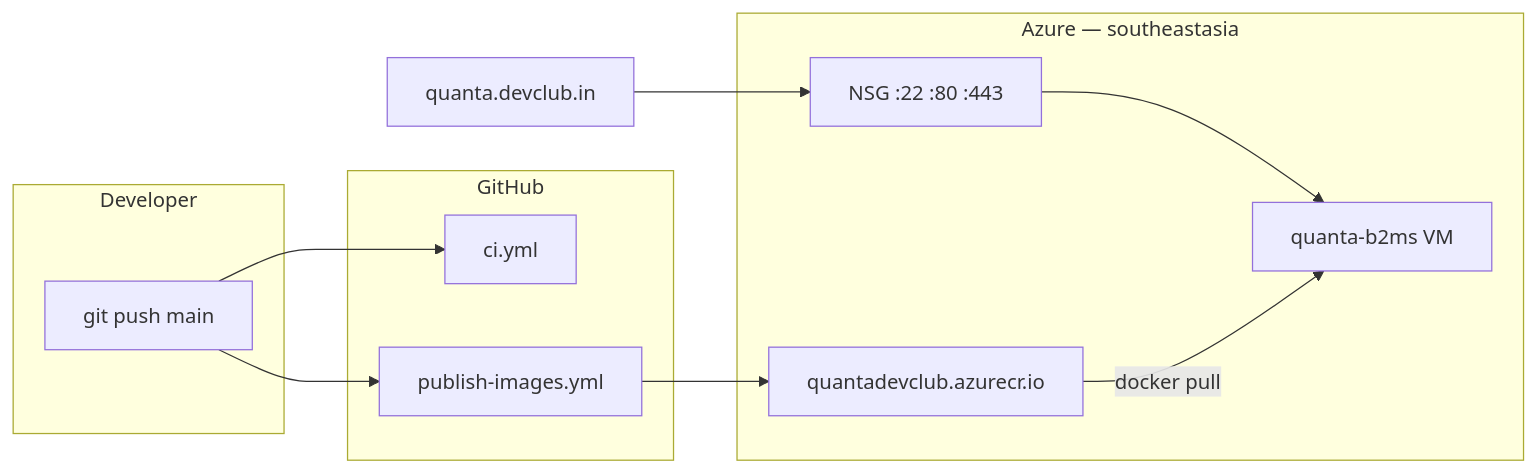
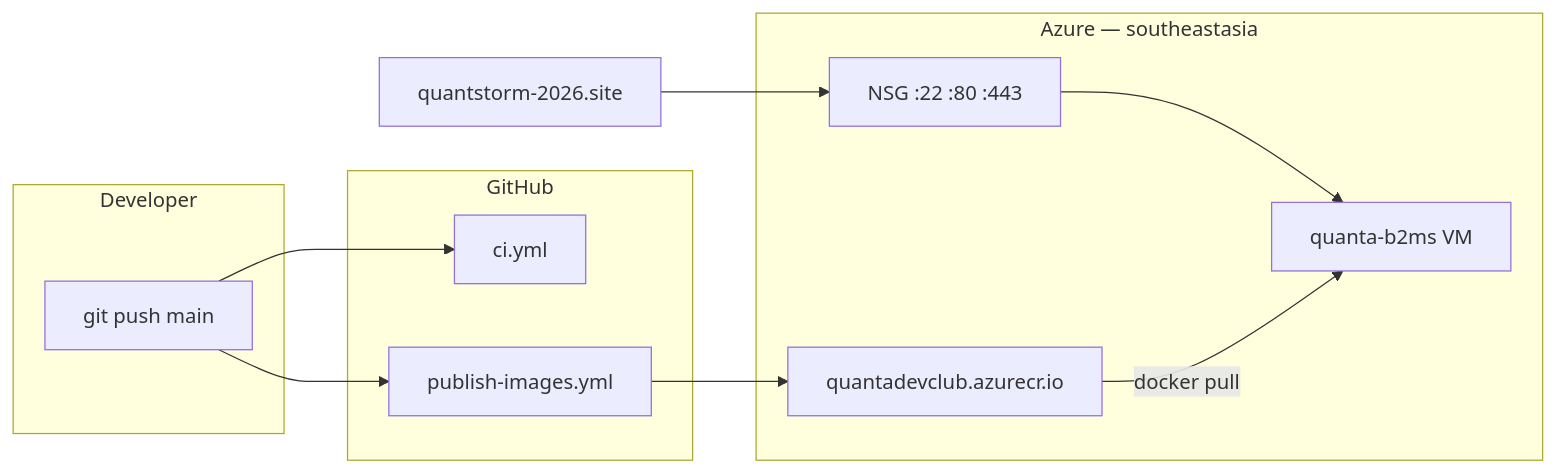
The second of 2 diagrams in AGENTS.md (itxprashant/quant-trading-platform), drawn with Mermaid before and after one commit. The commit also changed other lines of this file and 24 other files, not shown here.

First line of the commit message:
Rebrand to Quantstorm and point production at quantstorm-2026.site.

````diff
--- a/AGENTS.md
+++ b/AGENTS.md
@@ -75,22 +75,22 @@
 ```mermaid
 flowchart LR
   subgraph dev [Developer]
     Git[git push main]
   end
 
   subgraph github [GitHub]
     CI[ci.yml]
     Pub[publish-images.yml]
   end
 
   subgraph azure [Azure — southeastasia]
     ACR[quantadevclub.azurecr.io]
     VM[quanta-b2ms VM]
     NSG[NSG :22 :80 :443]
   end
 
-  DNS[quanta.devclub.in] --> NSG --> VM
+  DNS[quantstorm-2026.site] --> NSG --> VM
   Git --> CI
   Git --> Pub --> ACR
   ACR -->|docker pull| VM
 ```
````
